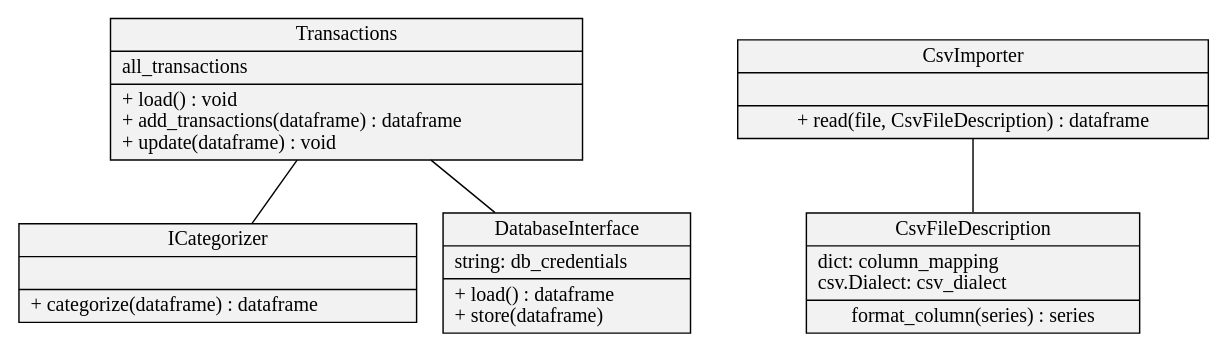
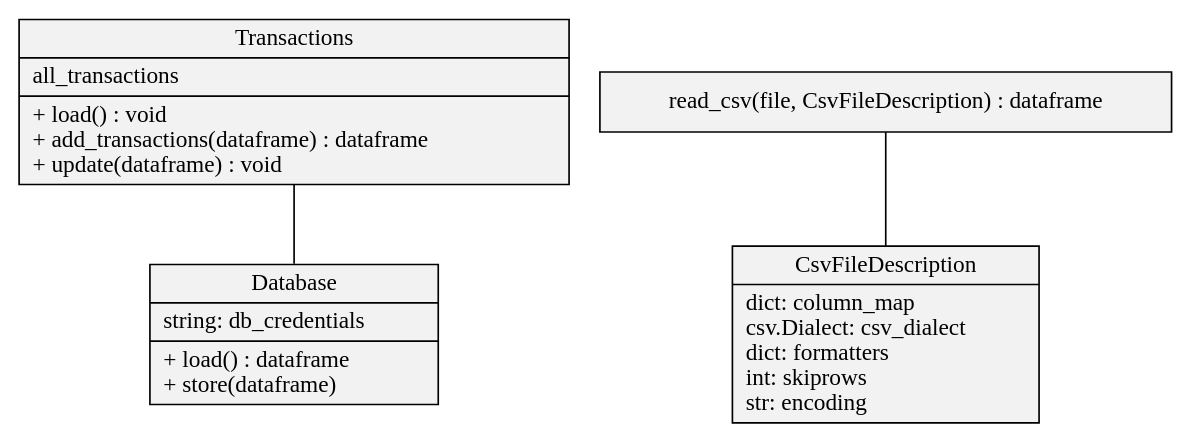
The diagram in docs/graphs/classdiagram_lib.dot (Sh4pe/pynance), drawn with Graphviz before and after one commit. The commit also changed 5 other files, not shown here.

Commit message:
updated diagrams to results of recent discussions. closes #4

```diff
--- a/docs/graphs/classdiagram_lib.dot
+++ b/docs/graphs/classdiagram_lib.dot
@@ -1,33 +1,31 @@
 digraph hierarchy {
 size="10,5"
 node[   shape=record,
         style=filled,
         fillcolor=gray95]
 edge[dir=back, arrowtail=none]
 
 
 ps[label = "{Transactions|
                 all_transactions\l|
                 + load() : void\l
                 + add_transactions(dataframe) : dataframe\l
                 + update(dataframe) : void\l
                 }"]
-ct[label = "{ICategorizer|| 
-                + categorize(dataframe) : dataframe\l
-            }"]
-imp[label = "{CsvImporter|| + read(file, CsvFileDescription) : dataframe}"]
+imp[label = "{read_csv(file, CsvFileDescription) : dataframe}"]
 tfd[label = "{CsvFileDescription|
-                dict: column_mapping\l
-                csv.Dialect: csv_dialect\l|
-                format_column(series) : series}"]
-db[label = "{DatabaseInterface|
+                dict: column_map\l
+                csv.Dialect: csv_dialect\l
+                dict: formatters \l
+                int: skiprows \l
+                str: encoding \l}"]
+db[label = "{Database|
                 string: db_credentials\l|
                 + load() : dataframe\l
                 + store(dataframe)\l}"]
 
 
 ps -> db
-ps -> ct
 imp -> tfd
 
 }
```
